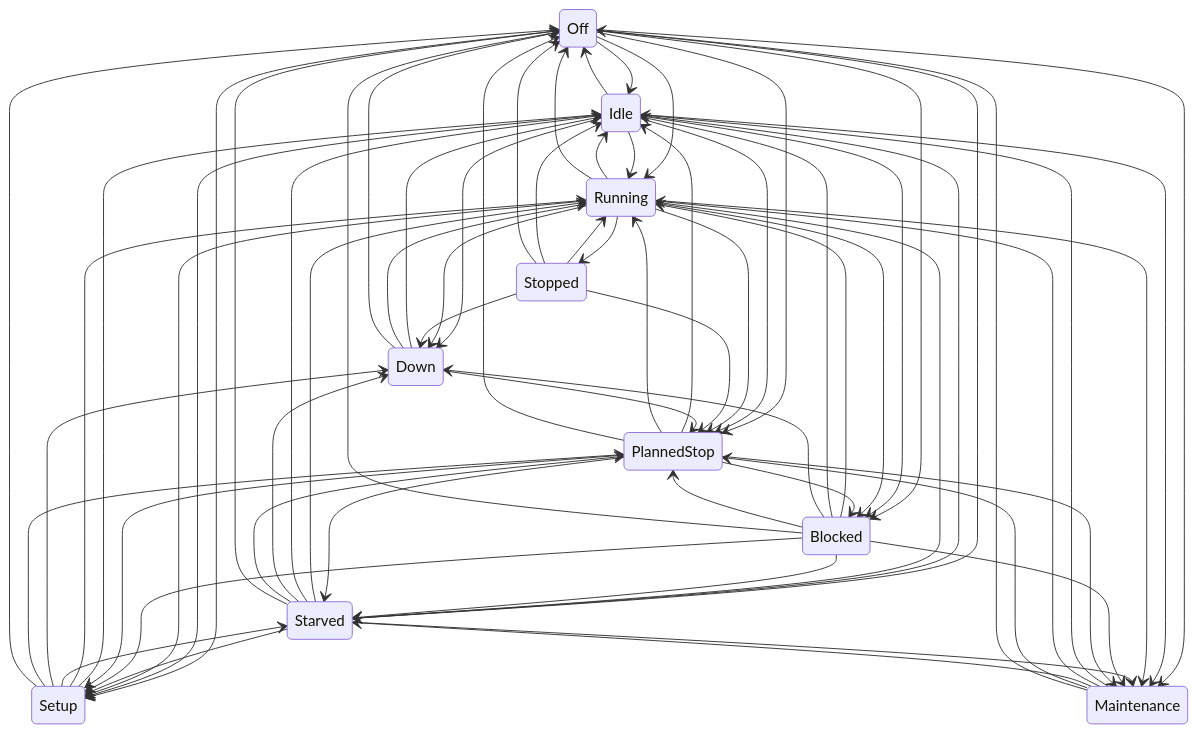
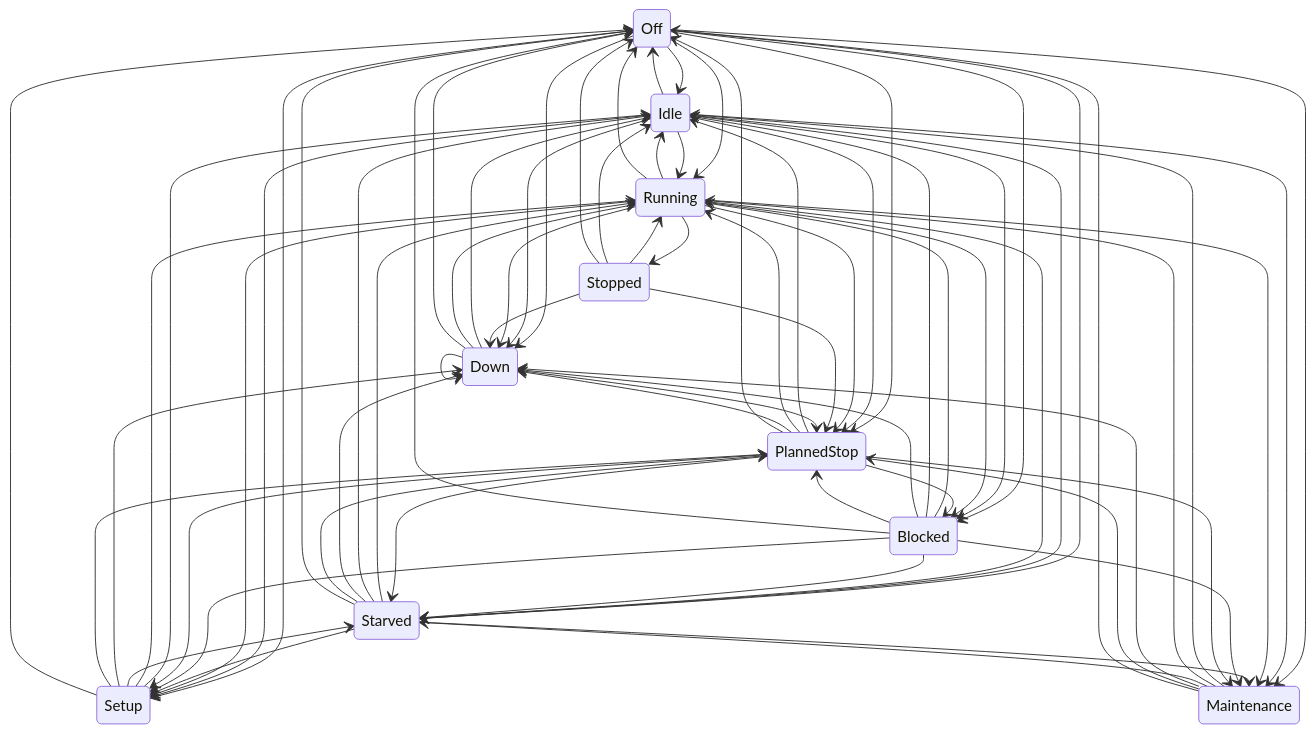
The diagram in docs/simulation-model.md (kubilayture/shopfloor-twin), drawn with Mermaid before and after one commit. The commit also changed other lines of this file and 37 other files, not shown here.

````diff
--- a/docs/simulation-model.md
+++ b/docs/simulation-model.md
@@ -24,69 +24,73 @@
 ```mermaid
 stateDiagram-v2
   Off --> Idle
   Off --> Running
   Off --> Starved
   Off --> Blocked
   Off --> Setup
+  Off --> Down
   Off --> PlannedStop
   Off --> Maintenance
   Idle --> Running
   Idle --> Starved
   Idle --> Blocked
   Idle --> Setup
   Idle --> Down
   Idle --> PlannedStop
   Idle --> Maintenance
   Idle --> Off
   Running --> Idle
   Running --> Stopped
   Running --> Starved
   Running --> Blocked
   Running --> Setup
   Running --> Down
   Running --> PlannedStop
   Running --> Maintenance
   Running --> Off
   Stopped --> Running
   Stopped --> Idle
   Stopped --> Down
   Stopped --> PlannedStop
   Stopped --> Off
   Starved --> Running
   Starved --> Idle
   Starved --> Setup
   Starved --> Down
   Starved --> PlannedStop
   Starved --> Maintenance
   Starved --> Off
   Blocked --> Running
   Blocked --> Idle
   Blocked --> Starved
   Blocked --> Setup
   Blocked --> Down
   Blocked --> PlannedStop
   Blocked --> Maintenance
   Blocked --> Off
   Setup --> Idle
   Setup --> Running
   Setup --> Starved
   Setup --> Down
   Setup --> PlannedStop
   Setup --> Off
   Down --> Idle
   Down --> Running
+  Down --> Down
   Down --> PlannedStop
   Down --> Off
   PlannedStop --> Idle
   PlannedStop --> Running
   PlannedStop --> Starved
   PlannedStop --> Blocked
   PlannedStop --> Setup
+  PlannedStop --> Down
   PlannedStop --> Maintenance
   PlannedStop --> Off
   Maintenance --> Idle
   Maintenance --> Running
   Maintenance --> Starved
+  Maintenance --> Down
   Maintenance --> PlannedStop
   Maintenance --> Off
 ```
````
